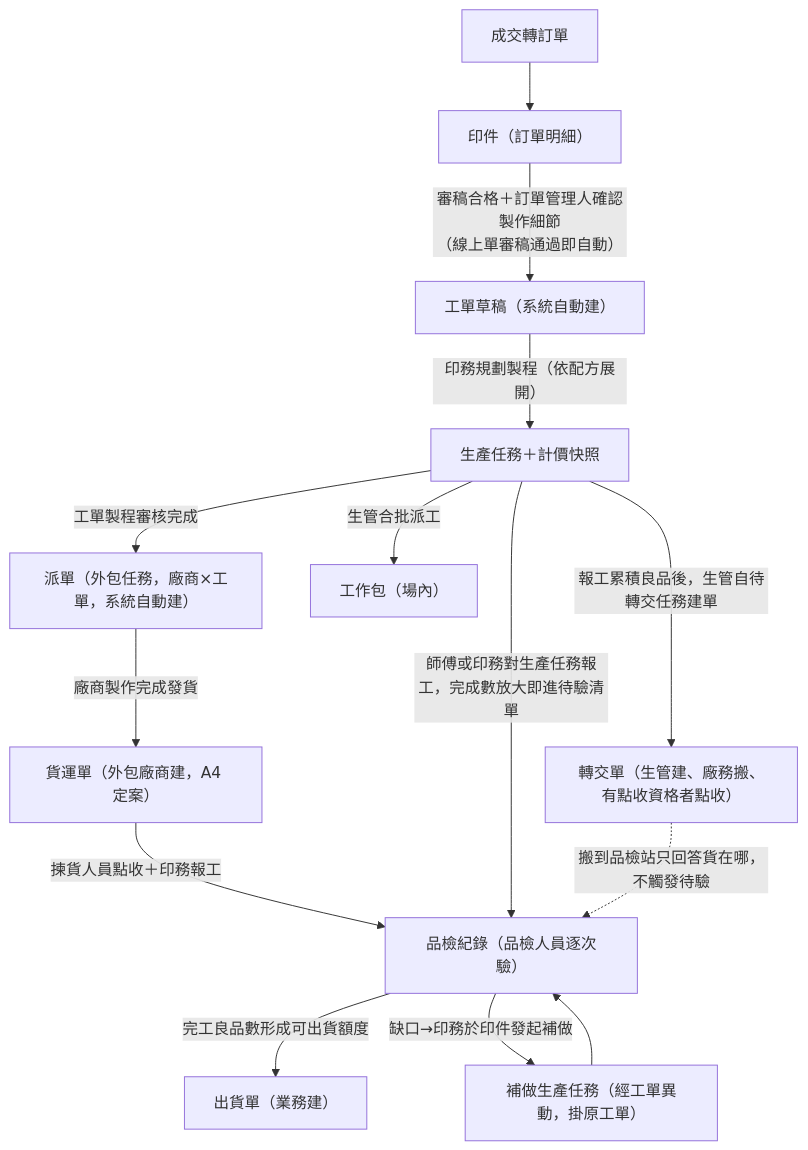
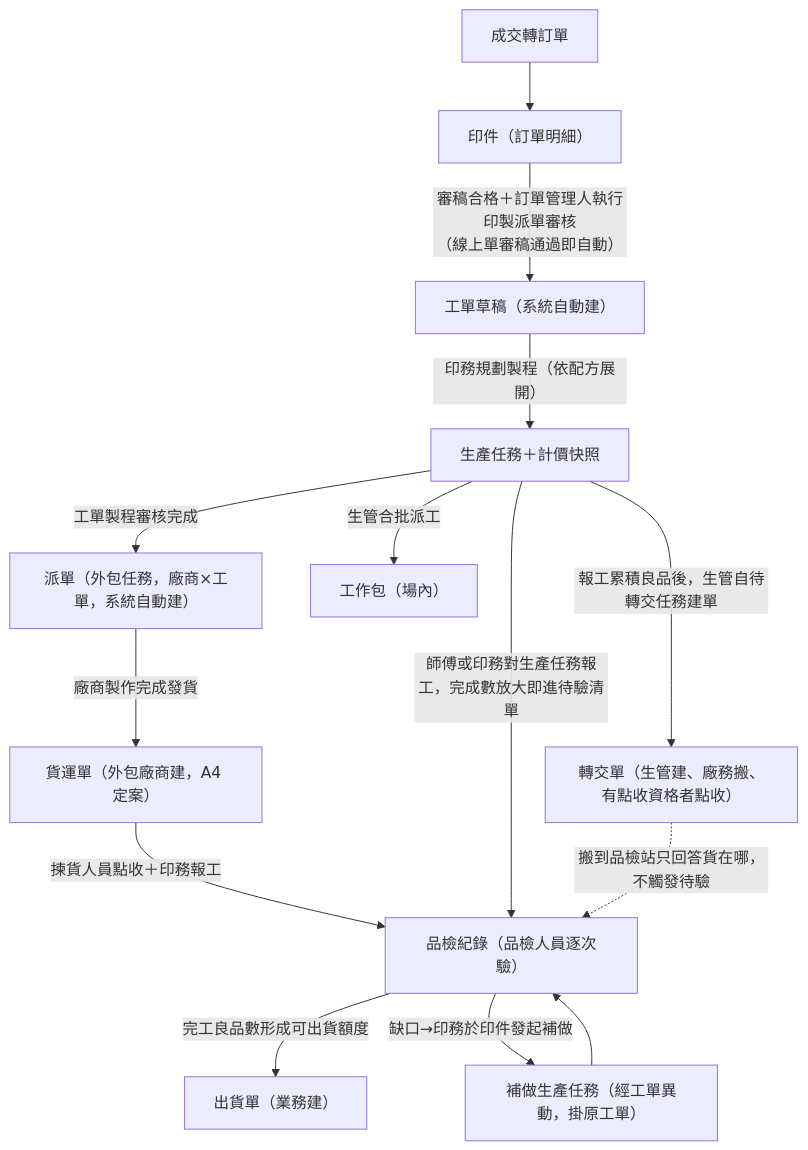
Before and after one commit to Kawato-Miles/erp-spec: the second of 4 diagrams in memory/Sens_wiki/wiki/erp/05-entities/生產領域資料結構總覽.md, drawn with Mermaid. The commit also changed 20 other files, not shown here.

````diff
--- a/memory/Sens_wiki/wiki/erp/05-entities/生產領域資料結構總覽.md
+++ b/memory/Sens_wiki/wiki/erp/05-entities/生產領域資料結構總覽.md
@@ -74,16 +74,16 @@
 ```mermaid
 flowchart TD
     A["成交轉訂單"] --> B["印件（訂單明細）"]
-    B -->|"審稿合格＋訂單管理人確認製作細節<br>（線上單審稿通過即自動）"| C["工單草稿（系統自動建）"]
+    B -->|"審稿合格＋訂單管理人執行印製派單審核<br>（線上單審稿通過即自動）"| C["工單草稿（系統自動建）"]
     C -->|"印務規劃製程（依配方展開）"| D["生產任務＋計價快照"]
     D -->|"工單製程審核完成"| E["派單（外包任務，廠商×工單，系統自動建）"]
     D -->|"生管合批派工"| F["工作包（場內）"]
     E -->|"廠商製作完成發貨"| G["貨運單（外包廠商建，A4 定案）"]
     D -->|"報工累積良品後，生管自待轉交任務建單"| H["轉交單（生管建、廠務搬、有點收資格者點收）"]
     G -->|"揀貨人員點收＋印務報工"| I["品檢紀錄（品檢人員逐次驗）"]
     D -->|"師傅或印務對生產任務報工，完成數放大即進待驗清單"| I
     H -.->|"搬到品檢站只回答貨在哪，不觸發待驗"| I
     I -->|"完工良品數形成可出貨額度"| J["出貨單（業務建）"]
     I -->|"缺口→印務於印件發起補做"| K["補做生產任務（經工單異動，掛原工單）"]
     K --> I
 ```
````
